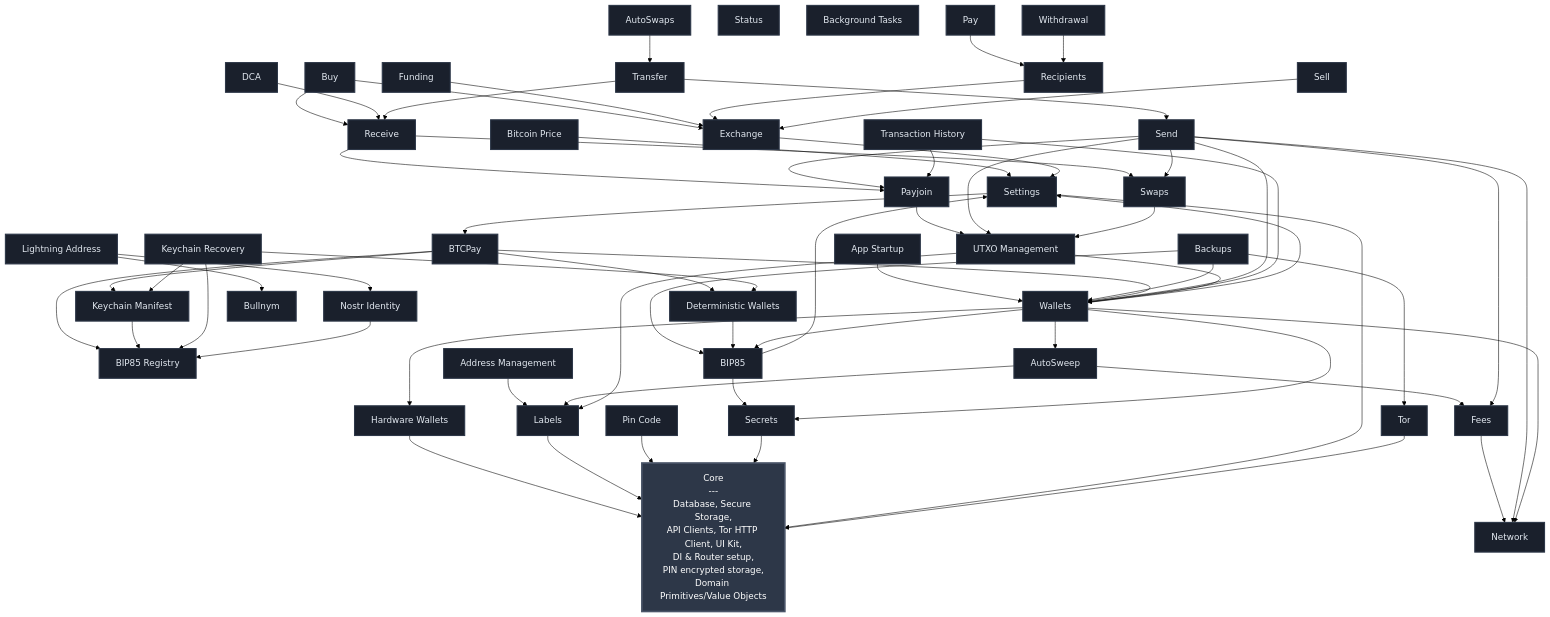
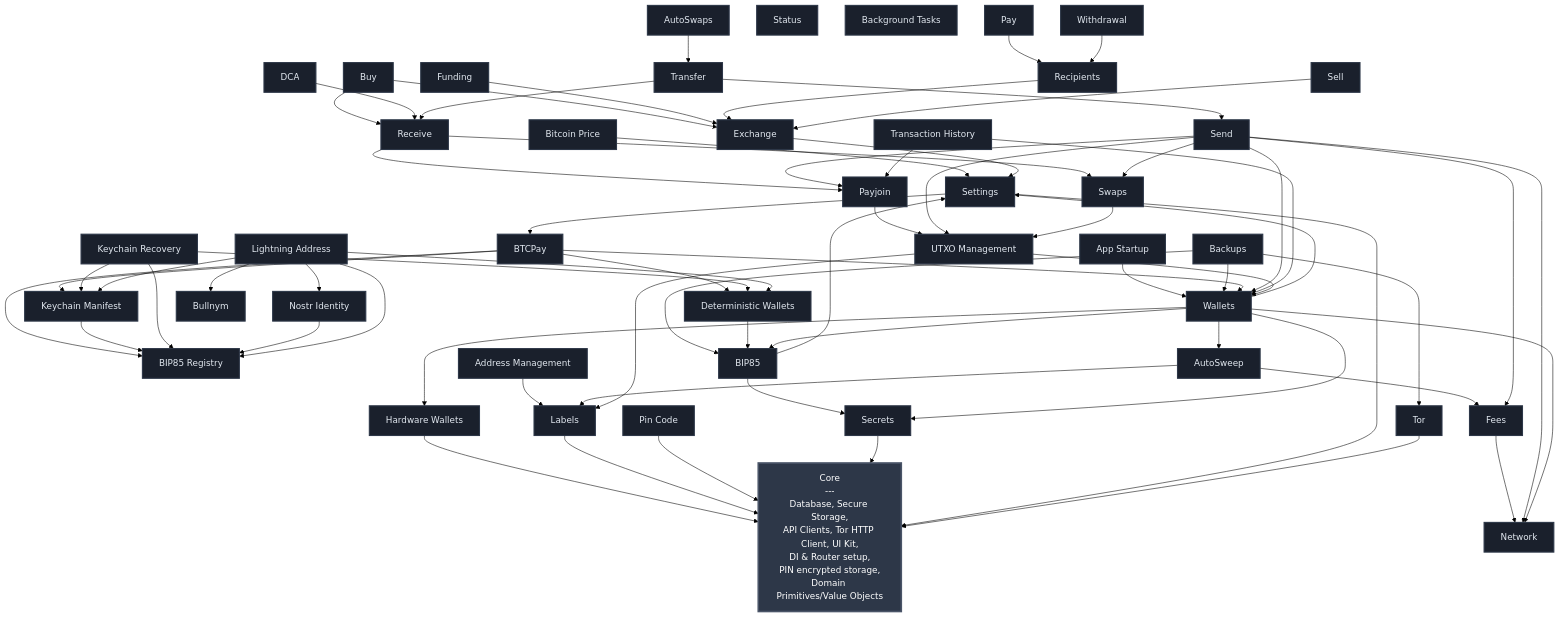
One commit to BullishNode/bullbitcoin-mobile changed the diagram in FEATURES.md. Above: the diagram before and after it, drawn with Mermaid (forest theme). The commit also changed 28 other files, not shown here.

Commit message:
feat(lightning_address): materialize receive wallet

```diff
--- a/FEATURES.md
+++ b/FEATURES.md
@@ -79,7 +79,10 @@
     KEYCHAIN_RECOVERY --> DETERMINISTIC_WALLETS
     KEYCHAIN_RECOVERY --> KEYCHAIN_MANIFEST
     NOSTR_IDENTITY --> BIP85_REGISTRY
+    LIGHTNING_ADDRESS --> BIP85_REGISTRY
     LIGHTNING_ADDRESS --> BULLNYM
+    LIGHTNING_ADDRESS --> DETERMINISTIC_WALLETS
+    LIGHTNING_ADDRESS --> KEYCHAIN_MANIFEST
     LIGHTNING_ADDRESS --> NOSTR_IDENTITY
     BUY --> EXCHANGE
     BUY --> RECEIVE
```
